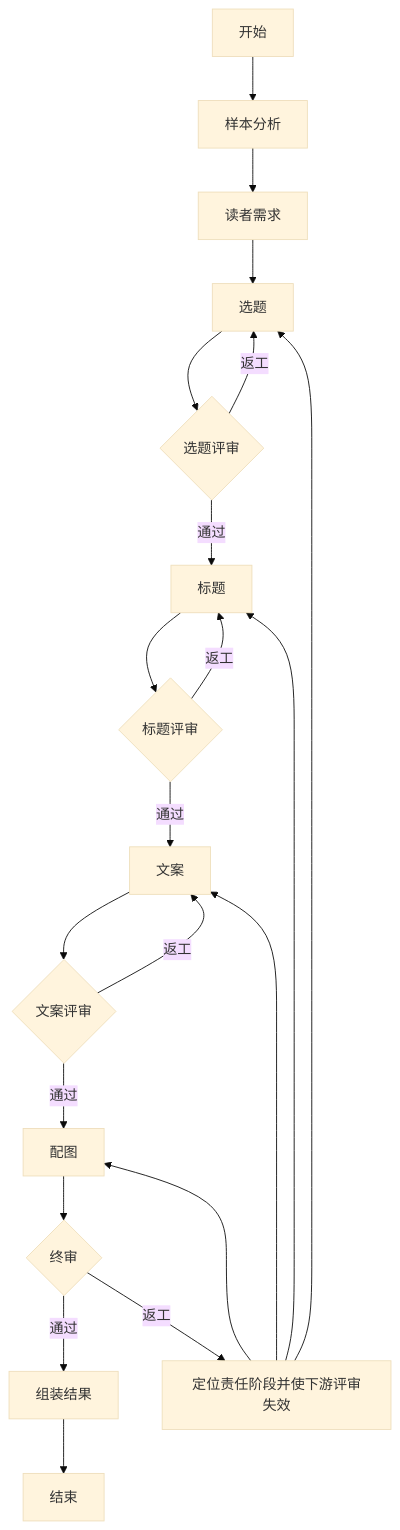
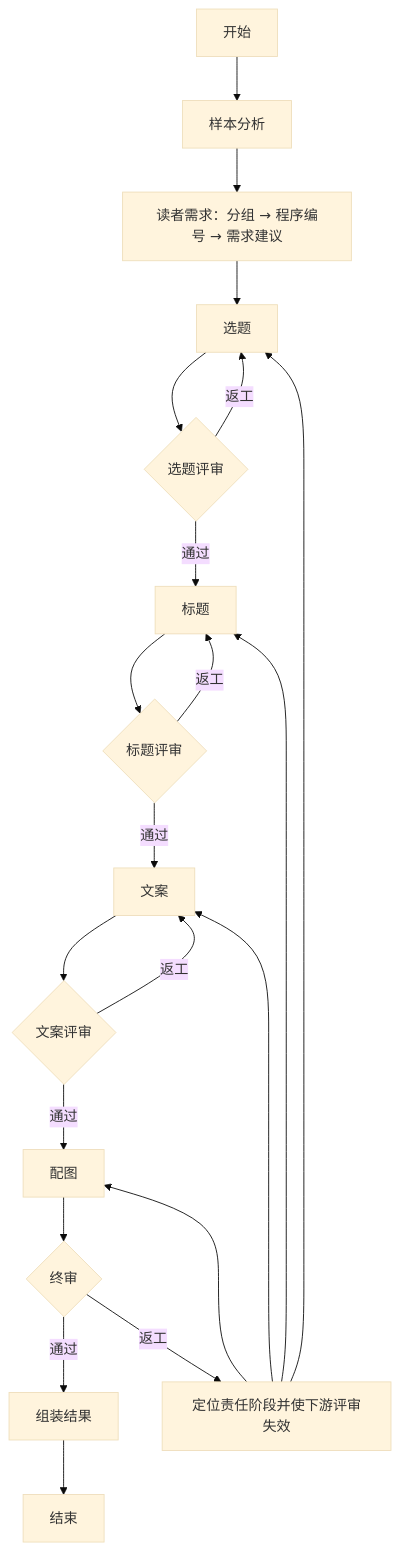
Before and after one commit to rain-zimujun/XHS_ALL_IN_ONE: the diagram in docs/langgraph-workflow.md, drawn with Mermaid (base theme). The commit also changed other lines of this file and 11 other files, not shown here.

````diff
--- a/docs/langgraph-workflow.md
+++ b/docs/langgraph-workflow.md
@@ -47,20 +47,20 @@
 ```mermaid
 flowchart TD
-    S[开始] --> A[样本分析] --> B[读者需求] --> C[选题]
+    S[开始] --> A[样本分析] --> B[读者需求：分组 → 程序编号 → 需求建议] --> C[选题]
     C --> CR{选题评审}
     CR -->|返工| C
     CR -->|通过| D[标题]
     D --> DR{标题评审}
     DR -->|返工| D
     DR -->|通过| E[文案]
     E --> ER{文案评审}
     ER -->|返工| E
     ER -->|通过| F[配图]
     F --> FR{终审}
     FR -->|通过| R[组装结果] --> END[结束]
     FR -->|返工| P[定位责任阶段并使下游评审失效]
     P --> C
     P --> D
     P --> E
     P --> F
 ```
````
